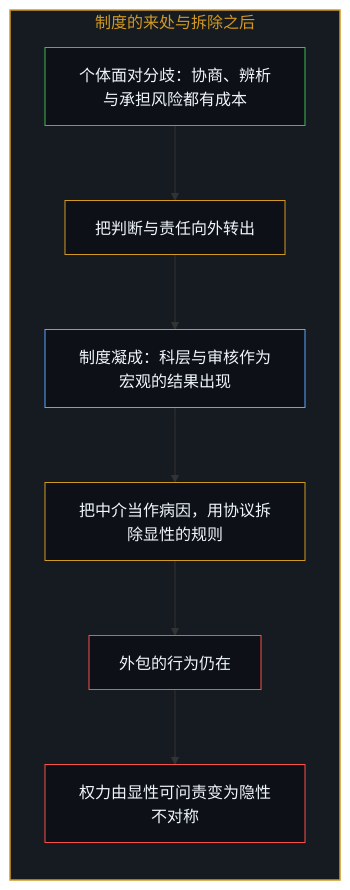
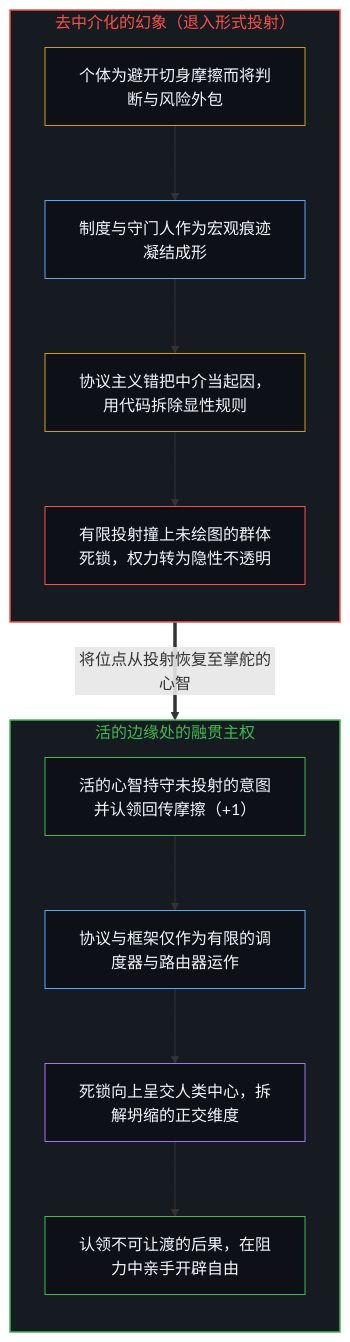
The first of 2 diagrams in content/posts/the-illusion-of-the-unmediated.md (powerpig99/not-a-toe), drawn with Mermaid before and after one commit. The commit also changed other lines of this file and 1 other file, not shown here.

Commit message:
Refine L2 #154: the-illusion-of-the-unmediated (Wave 3)

````diff
--- a/content/posts/the-illusion-of-the-unmediated.md
+++ b/content/posts/the-illusion-of-the-unmediated.md
@@ -81,25 +41,33 @@
 ```mermaid
 flowchart TD
-    subgraph S_Institution["制度的来处与拆除之后"]
+    subgraph S_Illusion["去中介化的幻象（退入形式投射）"]
         direction TB
-        Friction["个体面对分歧：协商、辨析与承担风险都有成本"]
-        Outsource["把判断与责任向外转出"]
-        Congeal["制度凝成：科层与审核作为宏观的结果出现"]
-        Remove["把中介当作病因，用协议拆除显性的规则"]
-        Still["外包的行为仍在"]
-        Informal["权力由显性可问责变为隐性不对称"]
-        Friction --> Outsource
-        Outsource --> Congeal
-        Congeal --> Remove
-        Remove --> Still
-        Still --> Informal
+        I_Out["个体为避开切身摩擦而将判断与风险外包"]
+        I_Inst["制度与守门人作为宏观痕迹凝结成形"]
+        I_Proto["协议主义错把中介当起因，用代码拆除显性规则"]
+        I_Dead["有限投射撞上未绘图的群体死锁，权力转为隐性不透明"]
+        I_Out --> I_Inst --> I_Proto --> I_Dead
     end
 
-    style S_Institution fill:#161b22,stroke:#d29922,stroke-width:1.5px,color:#d29922
-    style Friction fill:#0d1117,stroke:#3fb950,stroke-width:1px,color:#f0f6fc
-    style Outsource fill:#0d1117,stroke:#d29922,stroke-width:1px,color:#f0f6fc
-    style Congeal fill:#0d1117,stroke:#58a6ff,stroke-width:1px,color:#f0f6fc
-    style Remove fill:#0d1117,stroke:#d29922,stroke-width:1px,color:#f0f6fc
-    style Still fill:#0d1117,stroke:#f85149,stroke-width:1px,color:#f0f6fc
-    style Informal fill:#0d1117,stroke:#f85149,stroke-width:1px,color:#f0f6fc
+    subgraph S_Sovereign["活的边缘处的融贯主权"]
+        direction TB
+        S_Edge["活的心智持守未投射的意图并认领回传摩擦（+1）"]
+        S_Disp["协议与框架仅作为有限的调度器与路由器运作"]
+        S_Step["死锁向上呈交人类中心，拆解坍缩的正交维度"]
+        S_Clear["认领不可让渡的后果，在阻力中亲手开辟自由"]
+        S_Edge --> S_Disp --> S_Step --> S_Clear
+    end
+
+    I_Dead ==>|"将位点从投射恢复至掌舵的心智"| S_Edge
+
+    style S_Illusion fill:#161b22,stroke:#f85149,stroke-width:1.5px,color:#f85149
+    style S_Sovereign fill:#161b22,stroke:#3fb950,stroke-width:1.5px,color:#3fb950
+    style I_Out fill:#0d1117,stroke:#d29922,stroke-width:1px,color:#f0f6fc
+    style I_Inst fill:#0d1117,stroke:#58a6ff,stroke-width:1px,color:#f0f6fc
+    style I_Proto fill:#0d1117,stroke:#d29922,stroke-width:1px,color:#f0f6fc
+    style I_Dead fill:#0d1117,stroke:#f85149,stroke-width:1px,color:#f0f6fc
+    style S_Edge fill:#0d1117,stroke:#3fb950,stroke-width:1px,color:#f0f6fc
+    style S_Disp fill:#0d1117,stroke:#58a6ff,stroke-width:1px,color:#f0f6fc
+    style S_Step fill:#0d1117,stroke:#a371f7,stroke-width:1px,color:#f0f6fc
+    style S_Clear fill:#0d1117,stroke:#3fb950,stroke-width:1px,color:#f0f6fc
 ```
````
